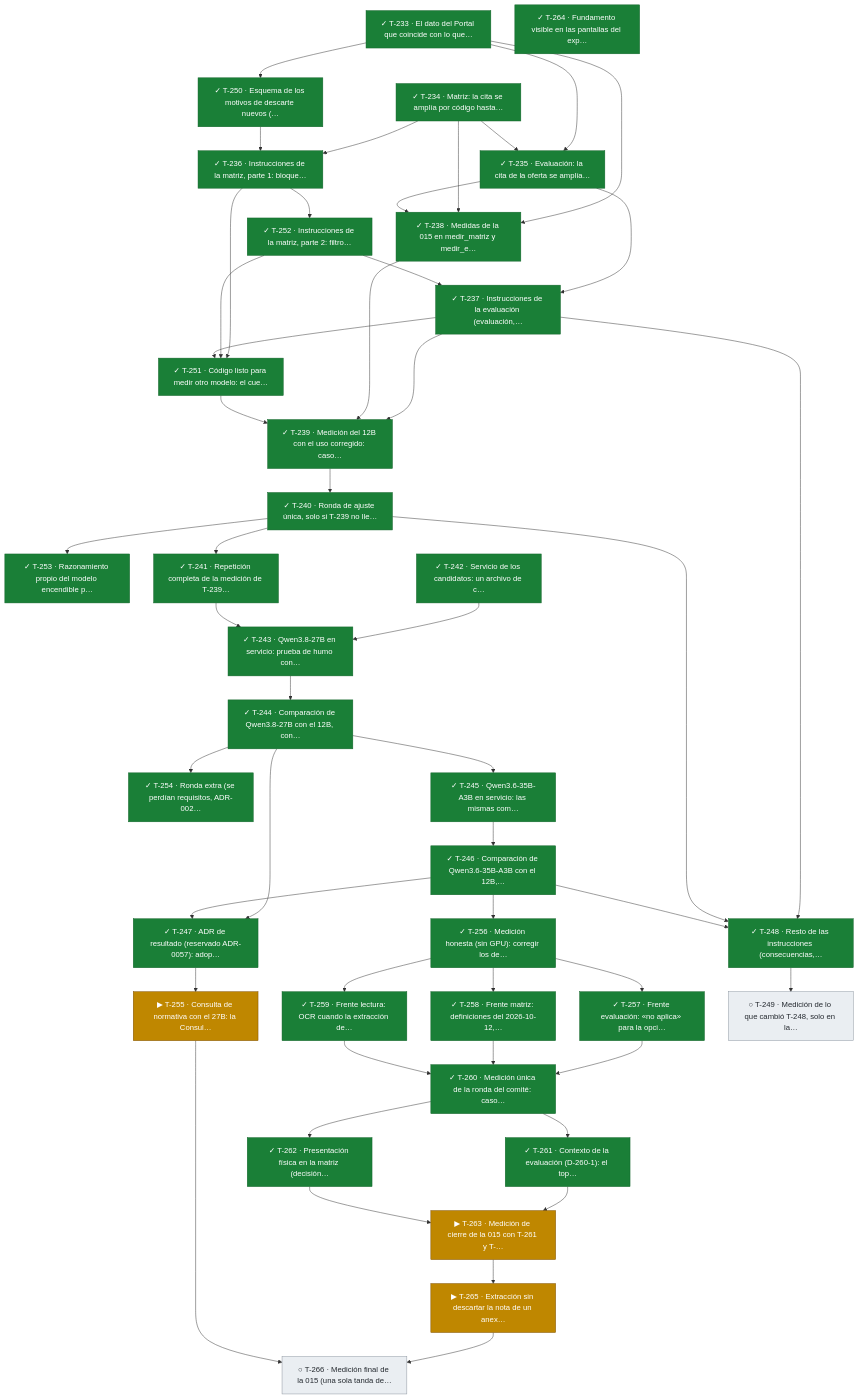
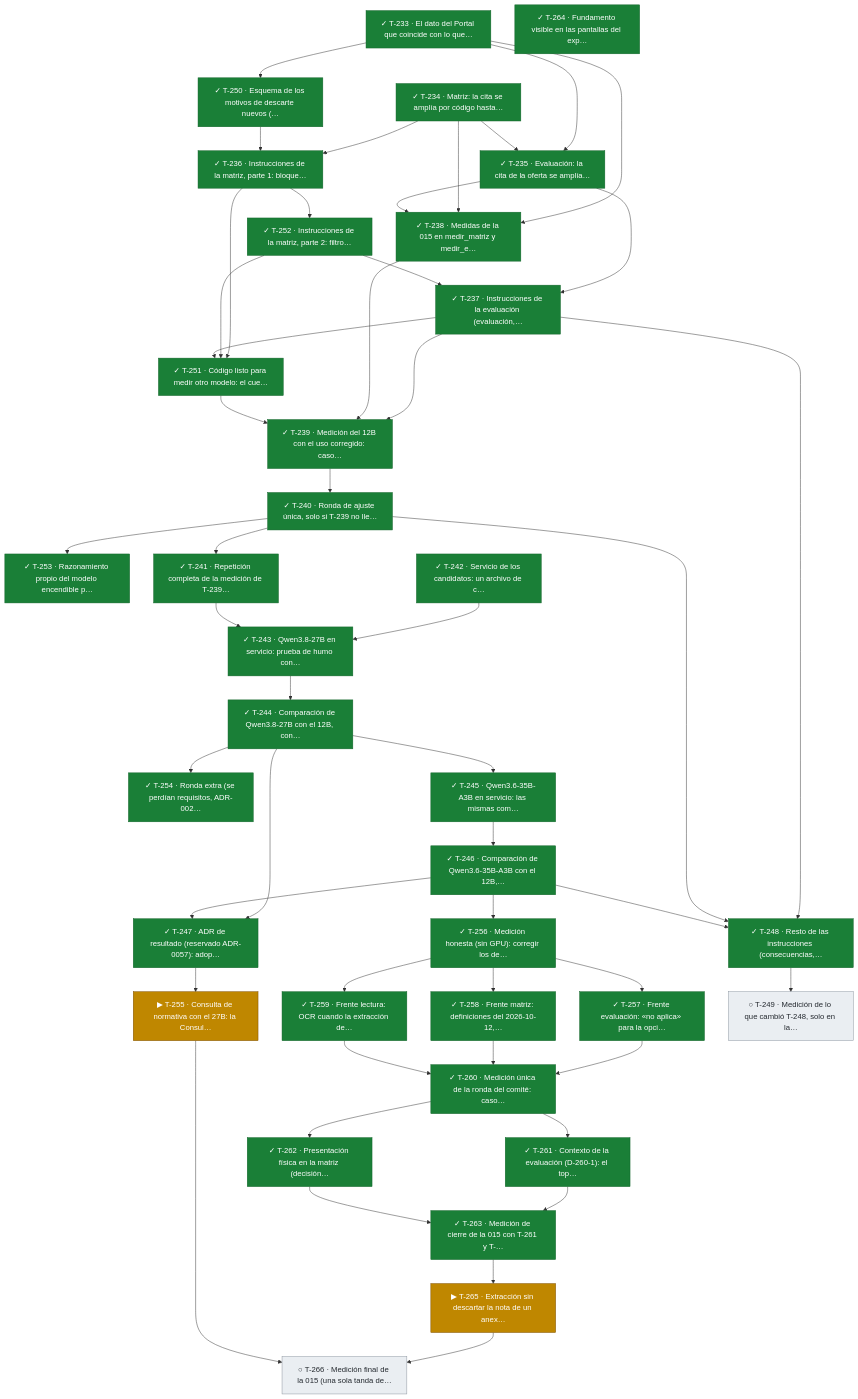
Before and after one commit to snavello/EVALUON: diagram 17 of 17 in docs/tablero.md, drawn with Mermaid. The commit also changed other lines of this file and 1 other file, not shown here.

Commit message:
gestión: T-263 terminada (no pasa por D-263-1, que corrige T-265) y lista de revisión con el primer producto de la 015

```diff
--- a/docs/tablero.md
+++ b/docs/tablero.md
@@ -1349,7 +1349,7 @@
   T260["✓ T-260 · Medición única de la ronda del comité: caso…"]:::done
   T261["✓ T-261 · Contexto de la evaluación (D-260-1): el top…"]:::done
   T262["✓ T-262 · Presentación física en la matriz (decisión…"]:::done
-  T263["▶ T-263 · Medición de cierre de la 015 con T-261 y T-…"]:::active
+  T263["✓ T-263 · Medición de cierre de la 015 con T-261 y T-…"]:::done
   T264["✓ T-264 · Fundamento visible en las pantallas del exp…"]:::done
   T265["▶ T-265 · Extracción sin descartar la nota de un anex…"]:::active
   T266["○ T-266 · Medición final de la 015 (una sola tanda de…"]:::todo
```
